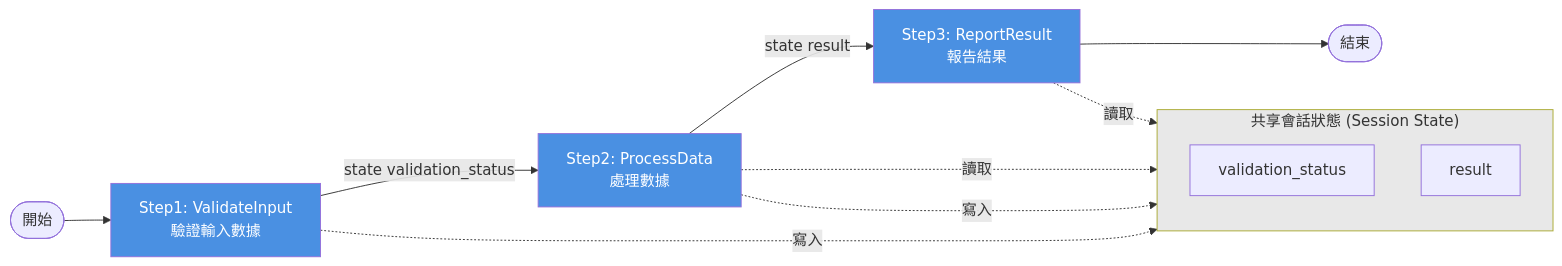
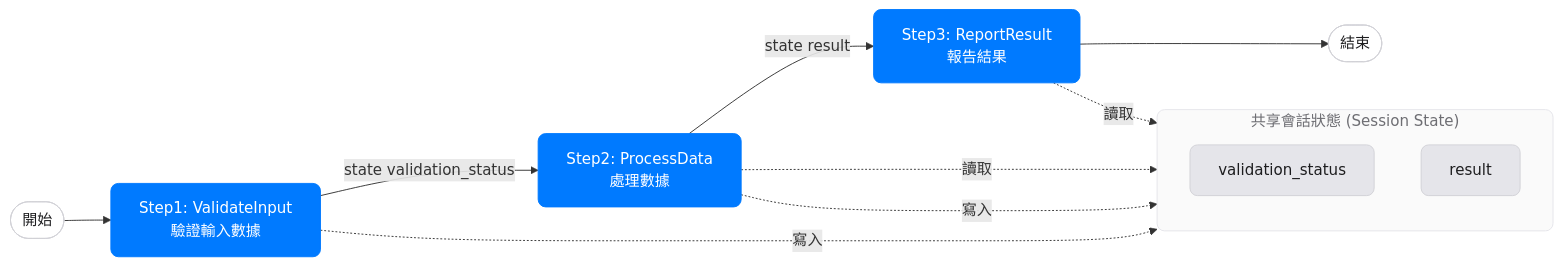
The second of 8 diagrams in workspace/adk-docs/agents/multi-agents_appendix.md (lastingyeh/google-adk-study), drawn with Mermaid before and after one commit. The commit also changed other lines of this file, not shown here.

Commit message:
更新 `multi-agents_appendix.md` Mermaid 流程圖樣式與結構

````diff
--- a/workspace/adk-docs/agents/multi-agents_appendix.md
+++ b/workspace/adk-docs/agents/multi-agents_appendix.md
@@ -43,23 +52,32 @@
 ```mermaid
-graph LR
+flowchart LR
+    %% Style Definitions
+    classDef default fill:#F5F5F7,stroke:#D2D2D7,color:#1D1D1F,rx:8,ry:8;
+    classDef step fill:#007AFF,stroke:#007AFF,color:#FFFFFF,rx:8,ry:8;
+    classDef state fill:#E5E5EA,stroke:#D2D2D7,color:#1D1D1F,rx:8,ry:8;
+    classDef startEnd fill:#FFFFFF,stroke:#D2D2D7,color:#1D1D1F,rx:8,ry:8;
+    classDef group fill:#FAFAFA,stroke:#E5E5EA,color:#6E6E73,rx:8,ry:8;
+
+    %% Diagram
     Start([開始]) --> Step1[Step1: ValidateInput<br/>驗證輸入數據]
     Step1 -->|state validation_status| Step2[Step2: ProcessData<br/>處理數據]
     Step2 -->|state result| Step3[Step3: ReportResult<br/>報告結果]
     Step3 --> End([結束])
 
     subgraph State["共享會話狀態 (Session State)"]
         direction TB
         S1[validation_status]
         S2[result]
     end
 
     Step1 -.寫入.-> S1
     Step2 -.讀取.-> S1
     Step2 -.寫入.-> S2
     Step3 -.讀取.-> S2
 
-    style Step1 fill:#4A90E2,color:#fff
-    style Step2 fill:#4A90E2,color:#fff
-    style Step3 fill:#4A90E2,color:#fff
-    style State fill:#E8E8E8,color:#333
+    %% Apply Styles
+    class Start,End startEnd;
+    class Step1,Step2,Step3 step;
+    class S1,S2 state;
+    class State group;
 ```
````
